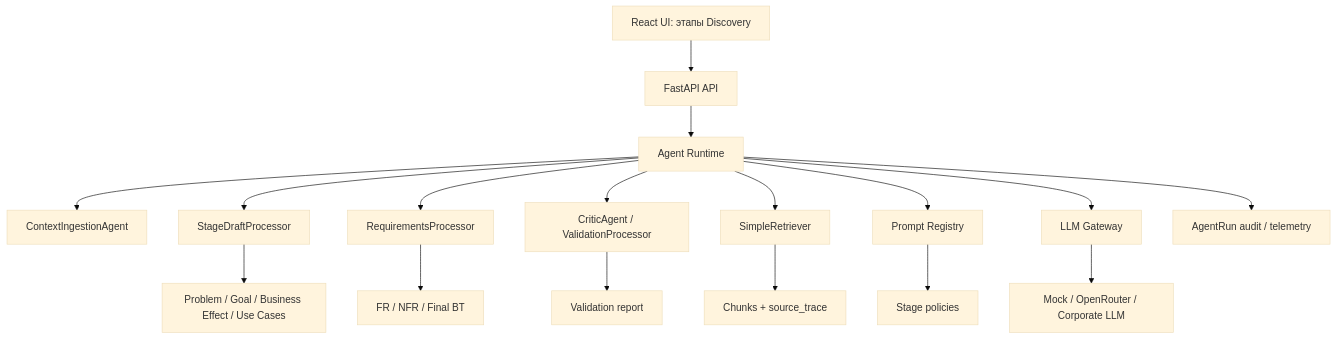
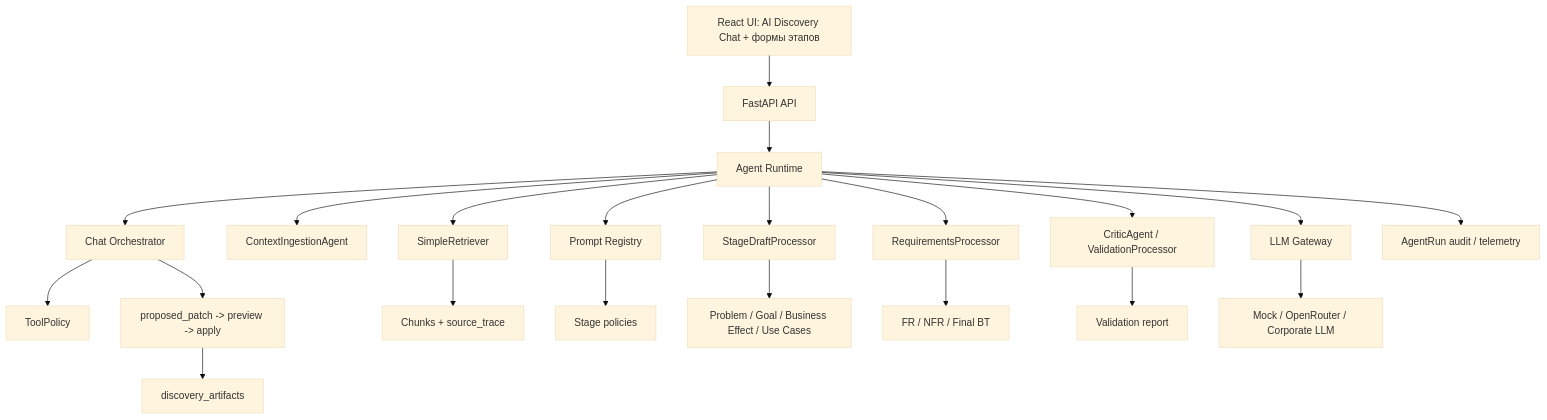
Before and after one commit to Alexandr-Inozemtsev/AI-Discovery-Platform: the diagram in docs/architecture/product-ai-agents-target-architecture.md, drawn with Mermaid (base theme). The commit also changed other lines of this file and 11835 other files, not shown here.

````diff
--- a/docs/architecture/product-ai-agents-target-architecture.md
+++ b/docs/architecture/product-ai-agents-target-architecture.md
@@ -30,19 +32,23 @@
 ```mermaid
 flowchart TB
-    UI["React UI: этапы Discovery"] --> API["FastAPI API"]
+    UI["React UI: AI Discovery Chat + формы этапов"] --> API["FastAPI API"]
     API --> Runtime["Agent Runtime"]
+    Runtime --> Chat["Chat Orchestrator"]
+    Chat --> Policy["ToolPolicy"]
+    Chat --> Patch["proposed_patch -> preview -> apply"]
     Runtime --> ContextAgent["ContextIngestionAgent"]
     Runtime --> StageDraft["StageDraftProcessor"]
     Runtime --> Requirements["RequirementsProcessor"]
     Runtime --> Critic["CriticAgent / ValidationProcessor"]
     Runtime --> Retriever["SimpleRetriever"]
     Runtime --> PromptRegistry["Prompt Registry"]
     Runtime --> Gateway["LLM Gateway"]
     Retriever --> Evidence["Chunks + source_trace"]
     PromptRegistry --> StagePolicies["Stage policies"]
+    Patch --> ArtifactsStore["discovery_artifacts"]
     StageDraft --> Artifacts["Problem / Goal / Business Effect / Use Cases"]
     Requirements --> ReqArtifacts["FR / NFR / Final BT"]
     Critic --> Validation["Validation report"]
     Gateway --> Provider["Mock / OpenRouter / Corporate LLM"]
     Runtime --> Audit["AgentRun audit / telemetry"]
 ```
````
